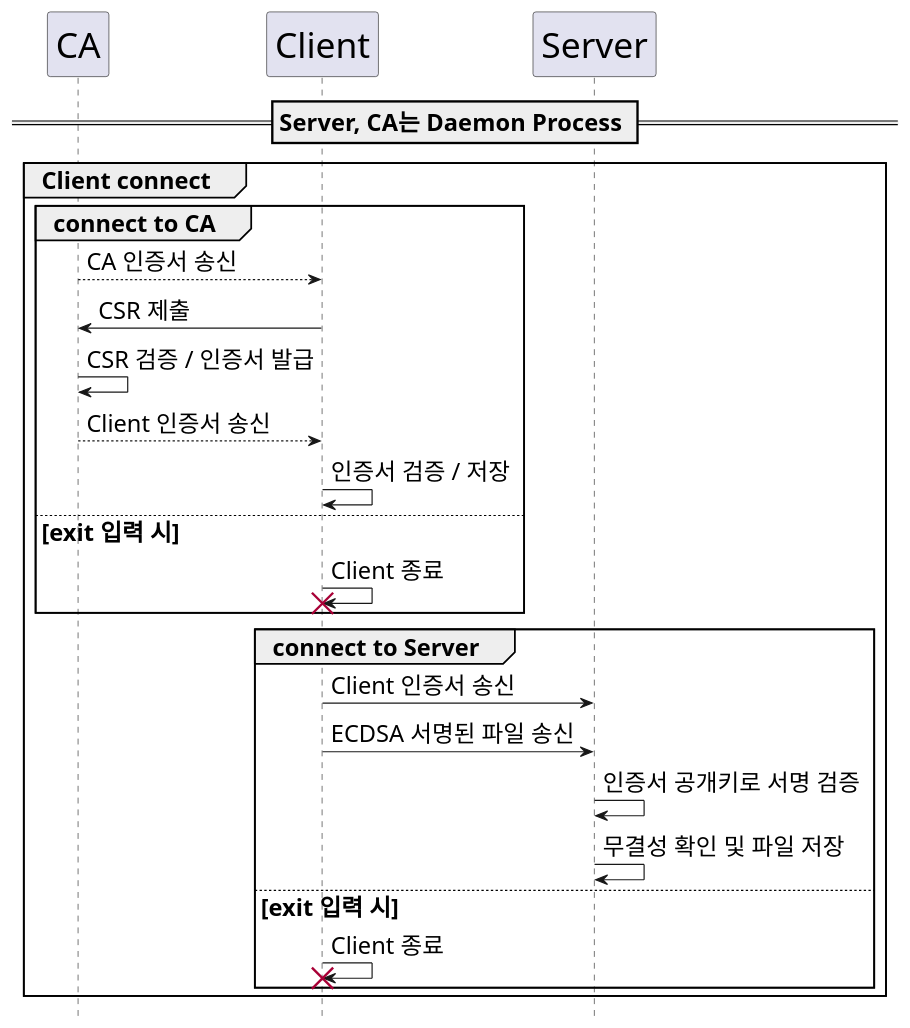
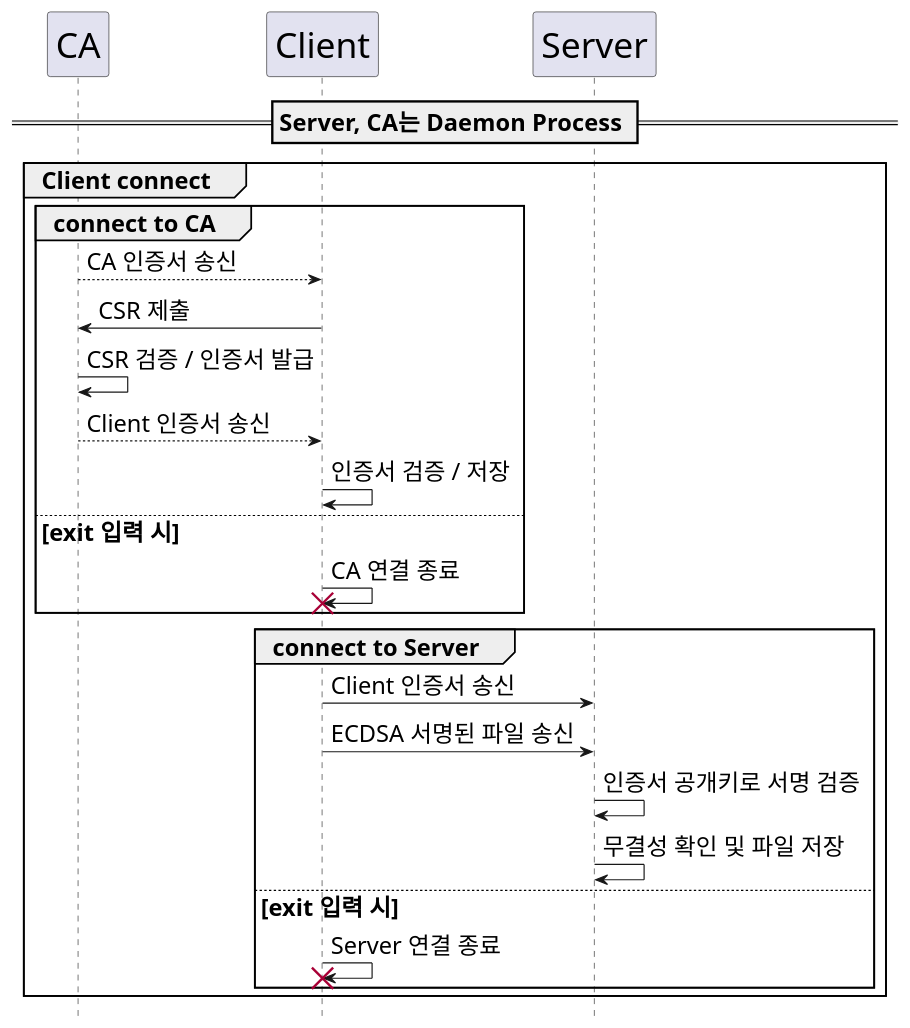
The diagram in diagram.puml (choi0930/2025-capstone-digital-signature), drawn with PlantUML before and after one commit. The commit also changed 15 other files, not shown here.

```diff
--- a/diagram.puml
+++ b/diagram.puml
@@ -1,35 +1,35 @@
 @startuml
 
 skinparam defaultFontSize 20
 skinparam participantFontSize 30
 
 participant CA
 participant Client
 participant Server
 hide footbox
 
 == Server, CA는 Daemon Process ==
 
 group Client connect
     group connect to CA
         CA --> Client: CA 인증서 송신
         Client -> CA: CSR 제출
         CA -> CA: CSR 검증 / 인증서 발급
         CA --> Client: Client 인증서 송신
         Client -> Client: 인증서 검증 / 저장
     else exit 입력 시
-        Client -> Client: Client 종료
+        Client -> Client: CA 연결 종료
         destroy Client
     end
     group connect to Server
         Client -> Server: Client 인증서 송신
         Client -> Server: ECDSA 서명된 파일 송신
         Server -> Server: 인증서 공개키로 서명 검증
         Server -> Server: 무결성 확인 및 파일 저장
     else exit 입력 시
-        Client -> Client: Client 종료
+        Client -> Client: Server 연결 종료
         destroy Client
     end
 end
 
 @enduml
```
